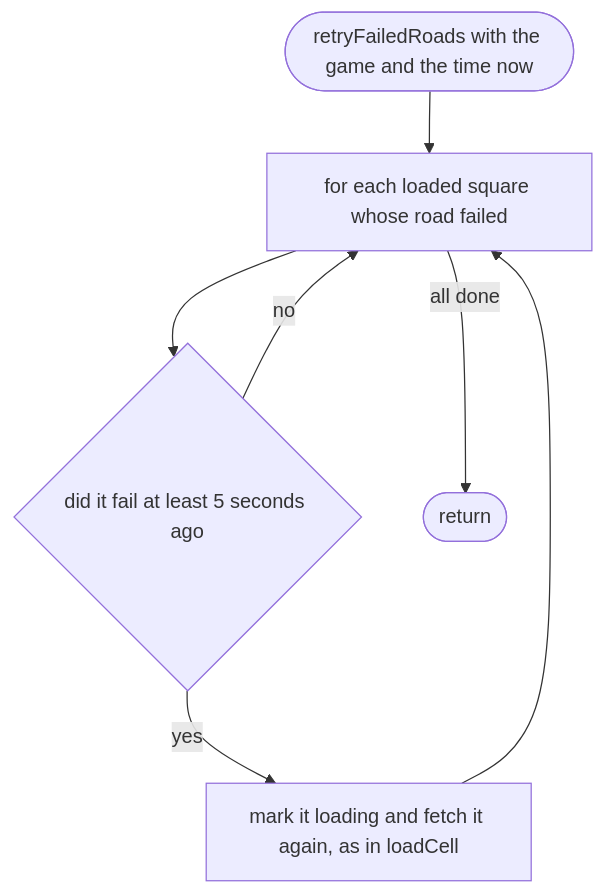
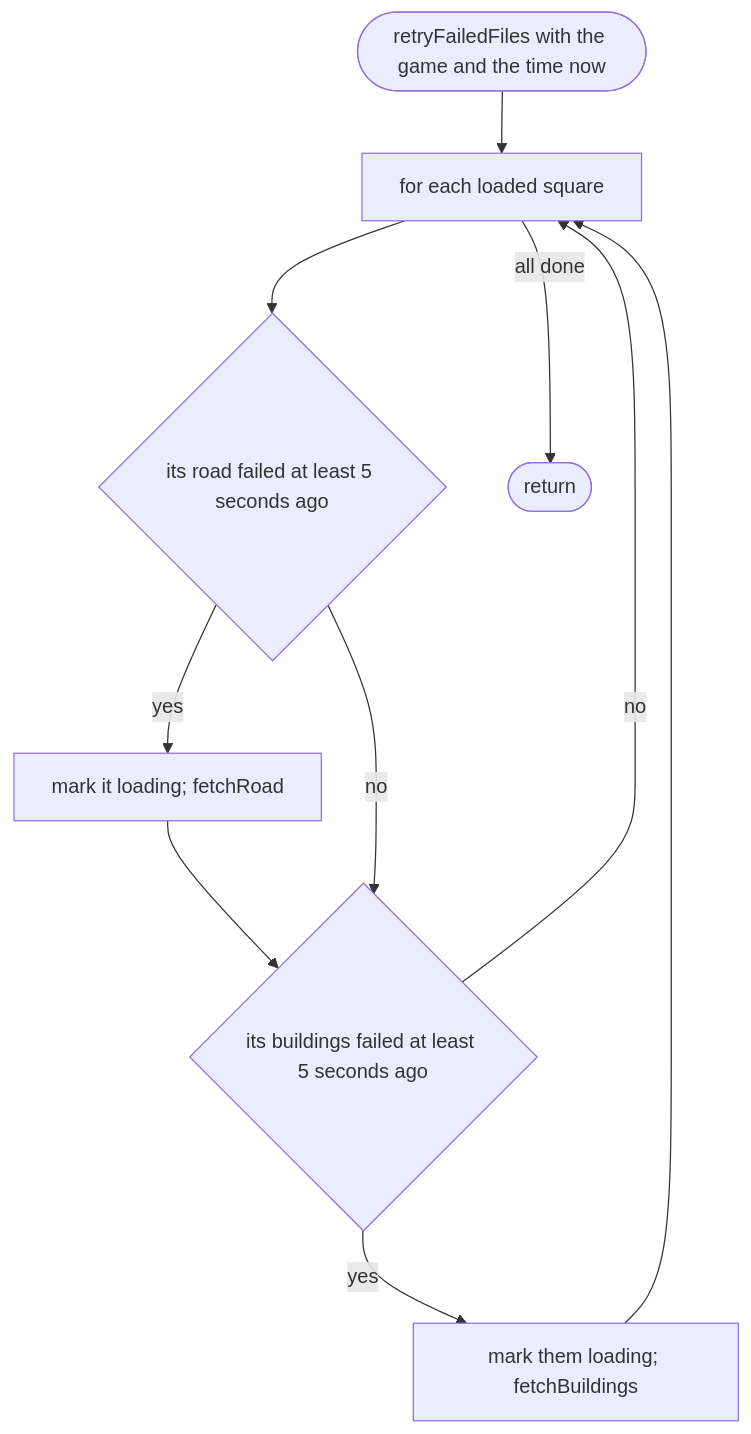
One commit to NewDara-Star/world-engine changed the ninth of 10 diagrams in docs/designs/src/game/streaming.md. Above: the diagram before and after it, drawn with Mermaid. The commit also changed other lines of this file and 306 other files, not shown here.

````diff
--- a/docs/designs/src/game/streaming.md
+++ b/docs/designs/src/game/streaming.md
@@ -92,12 +160,16 @@
 ```mermaid
 flowchart TD
-  s(["retryFailedRoads with the game and the time now"])
-  a["for each loaded square whose road failed"]
-  b{"did it fail at least 5 seconds ago"}
-  c["mark it loading and fetch it again, as in loadCell"]
+  s(["retryFailedFiles with the game and the time now"])
+  a["for each loaded square"]
+  b{"its road failed at least 5 seconds ago"}
+  c["mark it loading; fetchRoad"]
+  e{"its buildings failed at least 5 seconds ago"}
+  f["mark them loading; fetchBuildings"]
   d(["return"])
   s --> a --> b
-  b -->|"yes"| c --> a
-  b -->|"no"| a
+  b -->|"yes"| c --> e
+  b -->|"no"| e
+  e -->|"yes"| f --> a
+  e -->|"no"| a
   a -->|"all done"| d
 ```
````
